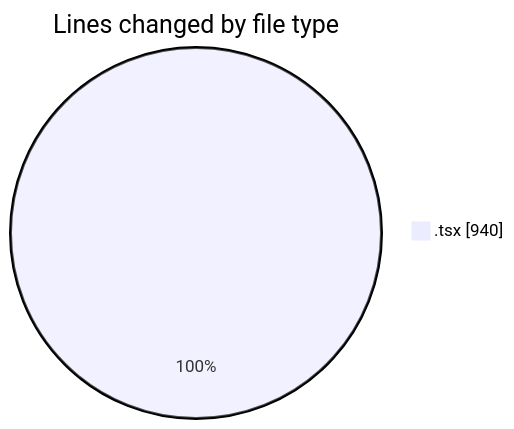
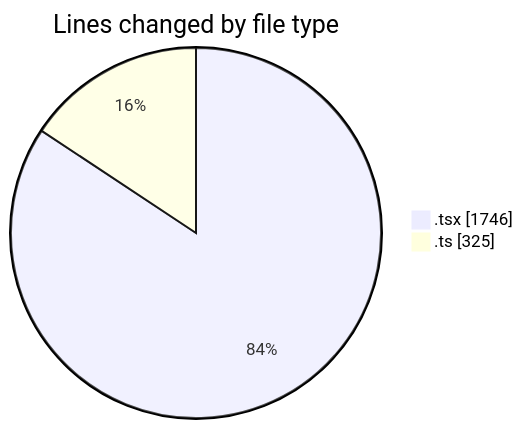
One commit to momahboobian/code-tracking changed the first of 2 diagrams in 2025-07-09/cda/README.md. Above: the diagram before and after it, drawn with Mermaid. The commit also changed other lines of this file and 1 other file, not shown here.

````diff
--- a/2025-07-09/cda/README.md
+++ b/2025-07-09/cda/README.md
@@ -22,5 +25,6 @@
 ```mermaid
 pie showData
 title Lines changed by file type
-".tsx" : 940
+".tsx" : 1746
+".ts" : 325
 ```
````
